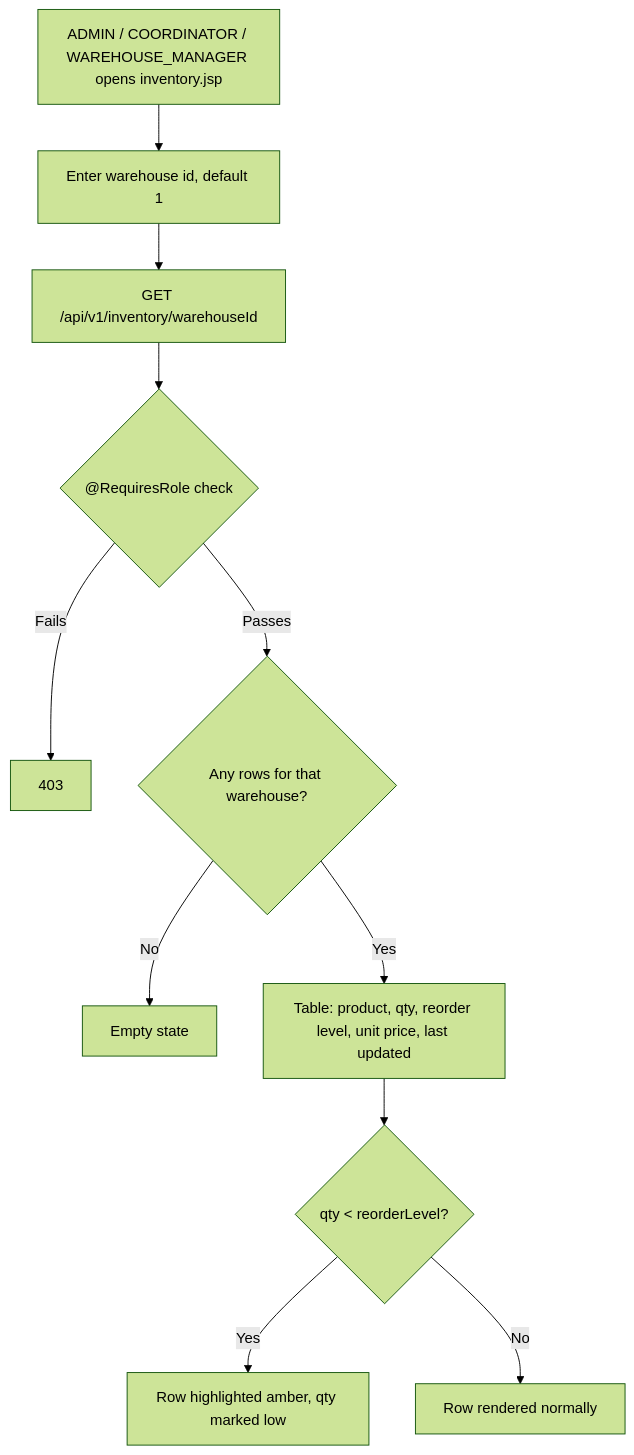
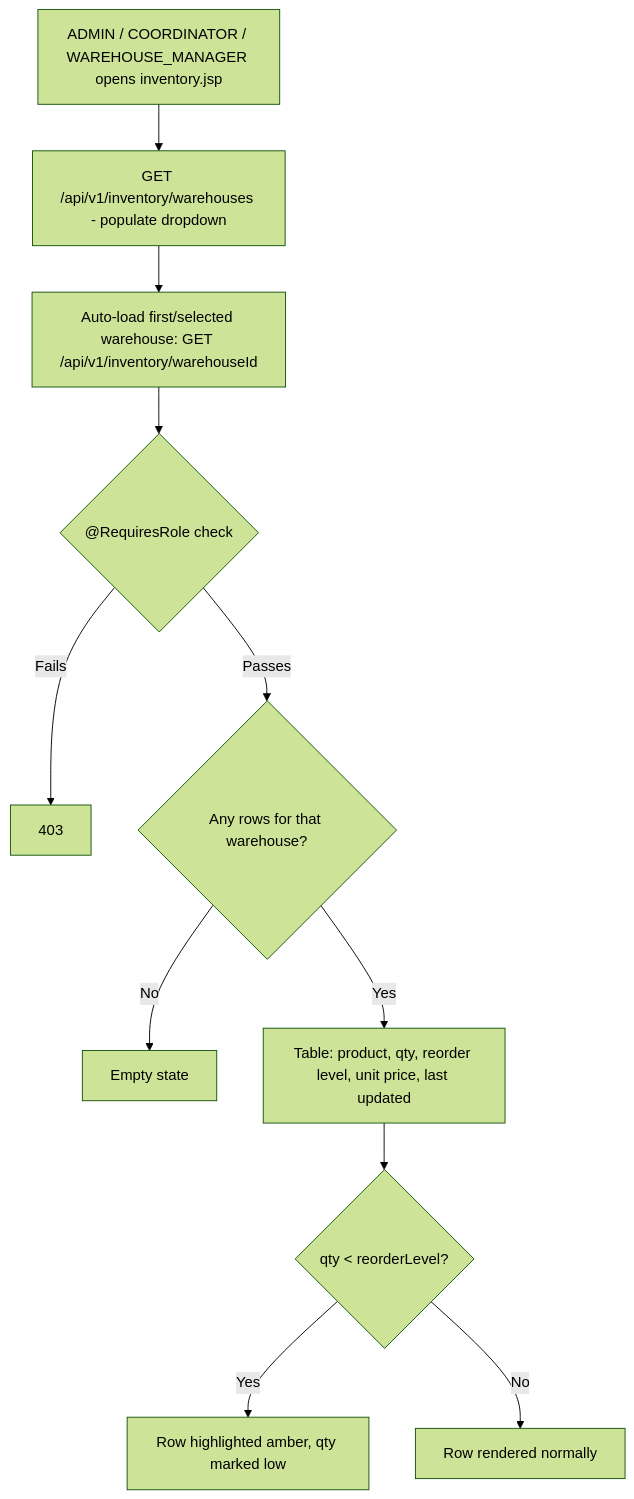
Diagram 16 of 26 in .no-build/docs/E2E_FLOWS.md (wishva-kalhara/GlobalTradeLogistics), drawn with Mermaid (forest theme) before and after one commit. The commit also changed other lines of this file and 5 other files, not shown here.

````diff
--- a/.no-build/docs/E2E_FLOWS.md
+++ b/.no-build/docs/E2E_FLOWS.md
@@ -206,13 +240,13 @@
 ```mermaid
 flowchart TD
-    A["ADMIN / COORDINATOR / WAREHOUSE_MANAGER opens inventory.jsp"] --> B[Enter warehouse id, default 1]
-    B --> C[GET /api/v1/inventory/warehouseId]
+    A["ADMIN / COORDINATOR / WAREHOUSE_MANAGER opens inventory.jsp"] --> B[GET /api/v1/inventory/warehouses - populate dropdown]
+    B --> C[Auto-load first/selected warehouse: GET /api/v1/inventory/warehouseId]
     C --> D{"@RequiresRole check"}
     D -- Fails --> E[403]
     D -- Passes --> F{Any rows for that warehouse?}
     F -- No --> G[Empty state]
     F -- Yes --> H[Table: product, qty, reorder level, unit price, last updated]
     H --> I{qty < reorderLevel?}
     I -- Yes --> J[Row highlighted amber, qty marked low]
     I -- No --> K[Row rendered normally]
 ```
````
